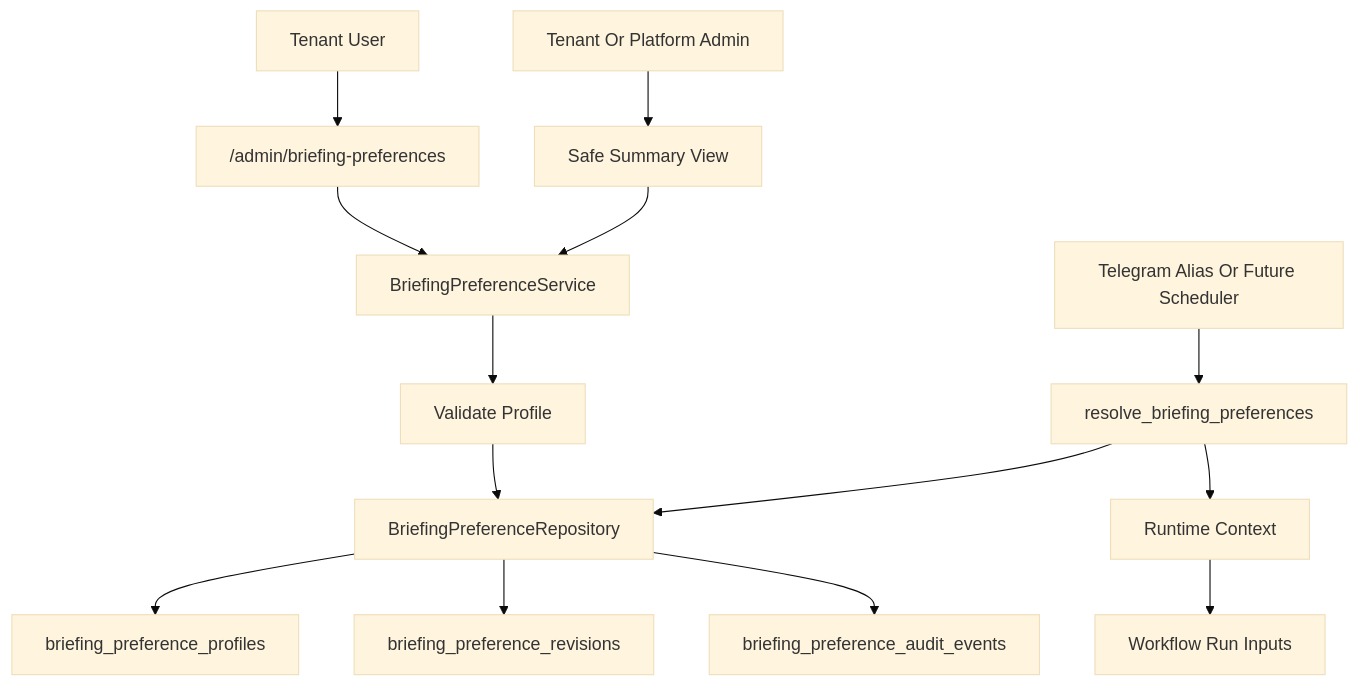
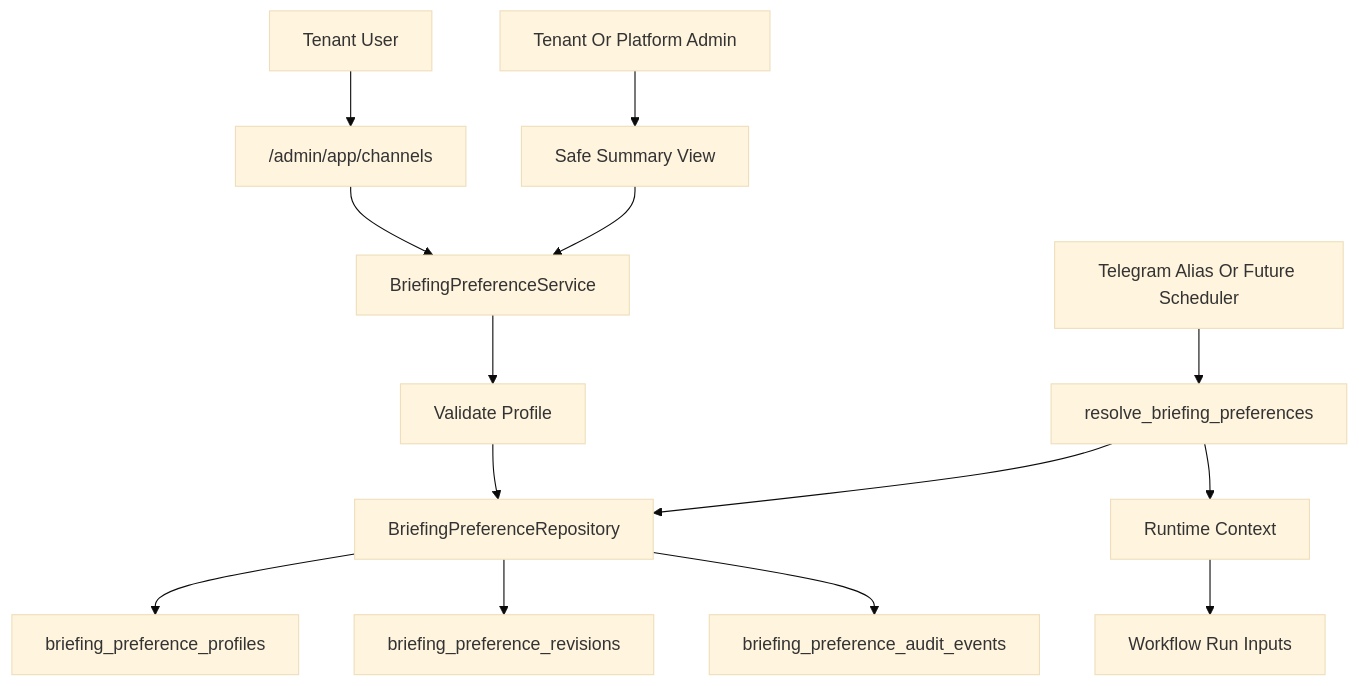
The tenth of 35 diagrams in system_architecture.md (scott5252/multi-agent), drawn with Mermaid (base theme) before and after one commit. The commit also changed other lines of this file and 3 other files, not shown here.

````diff
--- a/system_architecture.md
+++ b/system_architecture.md
@@ -852,18 +860,18 @@
 ```mermaid
 flowchart TD
-    bp1["Tenant User"] --> bp2["/admin/briefing-preferences"]
-    bp2["/admin/briefing-preferences"] --> bp3["BriefingPreferenceService"]
+    bp1["Tenant User"] --> bp2["/admin/app/channels"]
+    bp2["/admin/app/channels"] --> bp3["BriefingPreferenceService"]
     bp3["BriefingPreferenceService"] --> bp4["Validate Profile"]
     bp4["Validate Profile"] --> bp5["BriefingPreferenceRepository"]
     bp5["BriefingPreferenceRepository"] --> bp6["briefing_preference_profiles"]
     bp5["BriefingPreferenceRepository"] --> bp7["briefing_preference_revisions"]
     bp5["BriefingPreferenceRepository"] --> bp8["briefing_preference_audit_events"]
 
     bp9["Tenant Or Platform Admin"] --> bp10["Safe Summary View"]
     bp10["Safe Summary View"] --> bp3["BriefingPreferenceService"]
 
     bp11["Telegram Alias Or Future Scheduler"] --> bp12["resolve_briefing_preferences"]
     bp12["resolve_briefing_preferences"] --> bp5["BriefingPreferenceRepository"]
     bp12["resolve_briefing_preferences"] --> bp13["Runtime Context"]
     bp13["Runtime Context"] --> bp14["Workflow Run Inputs"]
 ```
````
